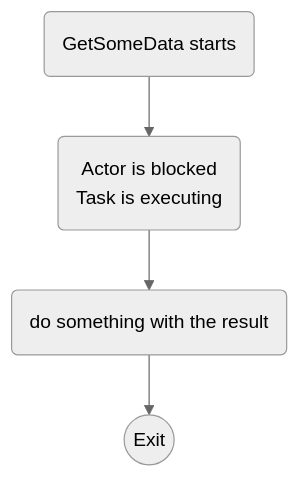
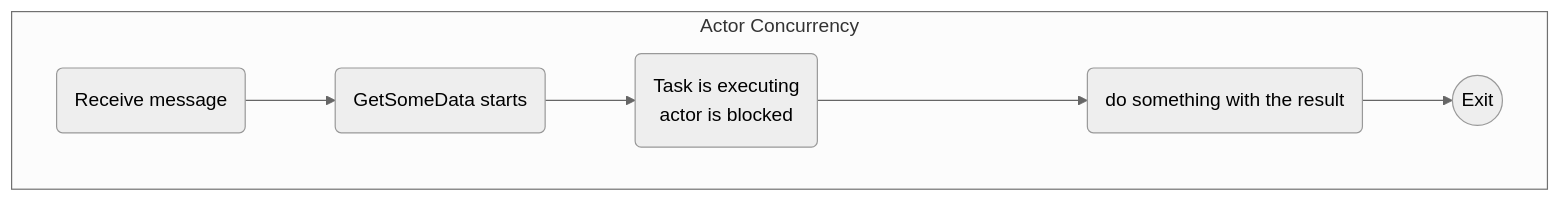
One commit to asynkron/protoactor-website changed the first of 2 diagrams in hugo/content/docs/reenter.md. Above: the diagram before and after it, drawn with Mermaid (neutral theme). The commit also changed other lines of this file, not shown here.

````diff
--- a/hugo/content/docs/reenter.md
+++ b/hugo/content/docs/reenter.md
@@ -36,12 +36,15 @@
 ```mermaid
     graph TB
+    receive(Receive message)
     start(GetSomeData starts)
-    blocked(Actor is blocked<br>Task is executing)
+    blocked(Task is executing<br>actor is blocked)
     class blocked red
     rest(do something with the result)
     exit((Exit))
     class exit gray
 
-start --> blocked --> rest --> exit
+subgraph Actor Concurrency
+    receive --> start --> blocked ----> rest --> exit
+end
 
 ```
````
